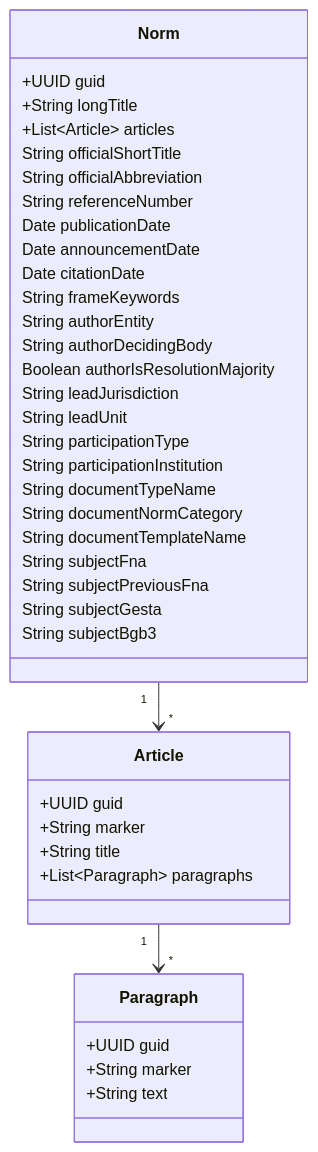
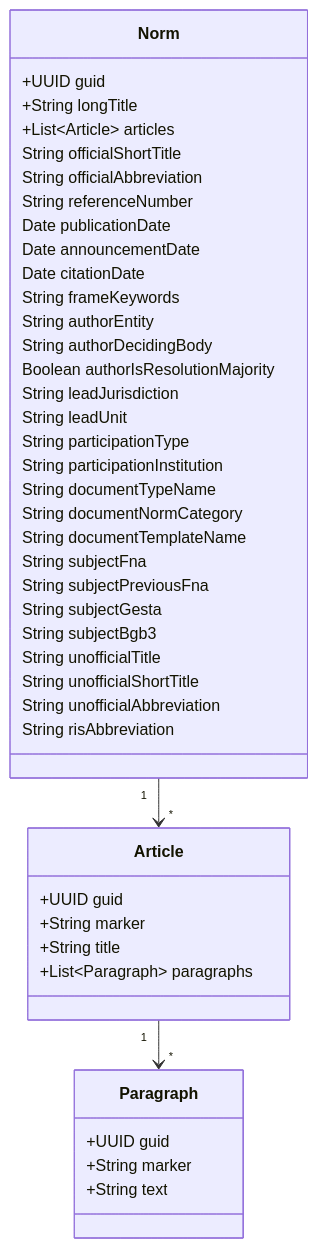
One commit to digitalservicebund/ris-backend-service changed the diagram in doc/norms/domain-model.md. Above: the diagram before and after it, drawn with Mermaid. The commit also changed 3 other files, not shown here.

Commit message:
Update openAPI, mermaid and domain model

````diff
--- a/doc/norms/domain-model.md
+++ b/doc/norms/domain-model.md
@@ -3,45 +3,49 @@
 ```mermaid
 classDiagram
   class Norm {
     +UUID guid
     +String longTitle
     +List~Article~ articles
     String officialShortTitle
     String officialAbbreviation
     String referenceNumber
     Date publicationDate
     Date announcementDate
     Date citationDate
     String frameKeywords
     String authorEntity
     String authorDecidingBody
     Boolean authorIsResolutionMajority
     String leadJurisdiction
     String leadUnit
     String participationType
     String participationInstitution
     String documentTypeName
     String documentNormCategory
     String documentTemplateName
     String subjectFna
     String subjectPreviousFna
     String subjectGesta
     String subjectBgb3
+    String unofficialTitle
+    String unofficialShortTitle
+    String unofficialAbbreviation
+    String risAbbreviation
   }
 
   class Article {
     +UUID guid
     +String marker
     +String title
     +List~Paragraph~ paragraphs
   }
 
   class Paragraph {
     +UUID guid
     +String marker
     +String text
   }
 
   Norm "1" --> "*" Article
   Article "1" --> "*" Paragraph
 ```
````
